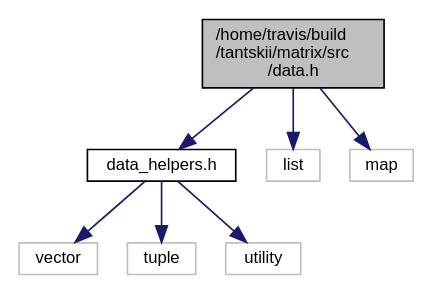
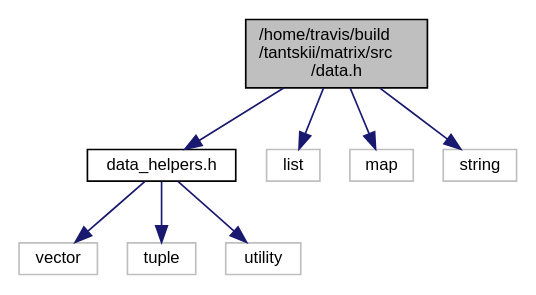
The diagram in data_8h__incl.dot (tantskii/matrix), drawn with Graphviz before and after one commit. The commit also changed 96 other files, not shown here.

```diff
--- a/data_8h__incl.dot
+++ b/data_8h__incl.dot
@@ -1,18 +1,20 @@
 digraph "/home/travis/build/tantskii/matrix/src/data.h"
 {
   edge [fontname="Helvetica",fontsize="10",labelfontname="Helvetica",labelfontsize="10"];
   node [fontname="Helvetica",fontsize="10",shape=record];
   Node1 [label="/home/travis/build\l/tantskii/matrix/src\l/data.h",height=0.2,width=0.4,color="black", fillcolor="grey75", style="filled", fontcolor="black"];
   Node1 -> Node2 [color="midnightblue",fontsize="10",style="solid",fontname="Helvetica"];
   Node2 [label="data_helpers.h",height=0.2,width=0.4,color="black", fillcolor="white", style="filled",URL="$data__helpers_8h.html",tooltip="Данный заголовочный файл содержит вспомогательные функии класса Data<T, N> описанного в data..."];
   Node2 -> Node3 [color="midnightblue",fontsize="10",style="solid",fontname="Helvetica"];
   Node3 [label="vector",height=0.2,width=0.4,color="grey75", fillcolor="white", style="filled"];
   Node2 -> Node4 [color="midnightblue",fontsize="10",style="solid",fontname="Helvetica"];
   Node4 [label="tuple",height=0.2,width=0.4,color="grey75", fillcolor="white", style="filled"];
   Node2 -> Node5 [color="midnightblue",fontsize="10",style="solid",fontname="Helvetica"];
   Node5 [label="utility",height=0.2,width=0.4,color="grey75", fillcolor="white", style="filled"];
   Node1 -> Node6 [color="midnightblue",fontsize="10",style="solid",fontname="Helvetica"];
   Node6 [label="list",height=0.2,width=0.4,color="grey75", fillcolor="white", style="filled"];
   Node1 -> Node7 [color="midnightblue",fontsize="10",style="solid",fontname="Helvetica"];
   Node7 [label="map",height=0.2,width=0.4,color="grey75", fillcolor="white", style="filled"];
+  Node1 -> Node8 [color="midnightblue",fontsize="10",style="solid",fontname="Helvetica"];
+  Node8 [label="string",height=0.2,width=0.4,color="grey75", fillcolor="white", style="filled"];
 }
```
